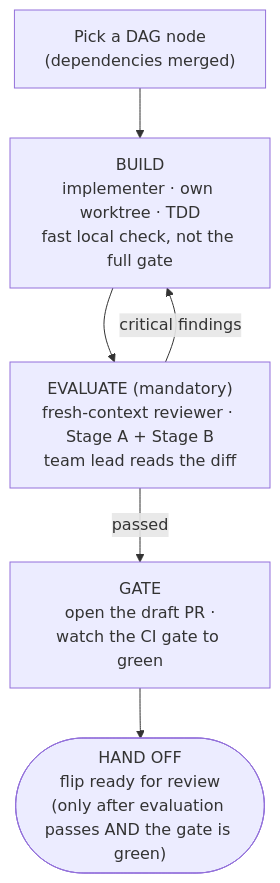
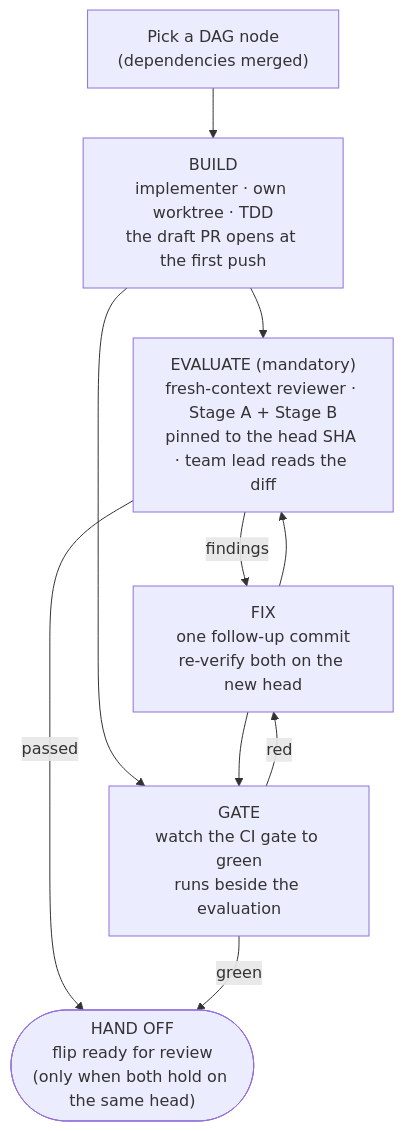
Before and after one commit to AlexaDeWit/Ecluse: the diagram in .agents/orchestration-strategy.md, drawn with Mermaid. The commit also changed other lines of this file and 3 other files, not shown here.

First line of the commit message:
docs(agents): cap comment length, and run the review beside CI (#1027)

````diff
--- a/.agents/orchestration-strategy.md
+++ b/.agents/orchestration-strategy.md
@@ -66,8 +66,12 @@
 ```mermaid
 flowchart TD
-    P["Pick a DAG node<br/>(dependencies merged)"] --> B["BUILD<br/>implementer · own worktree · TDD<br/>fast local check, not the full gate"]
-    B --> E["EVALUATE (mandatory)<br/>fresh-context reviewer · Stage A + Stage B<br/>team lead reads the diff"]
-    E -->|critical findings| B
-    E -->|passed| G["GATE<br/>open the draft PR ·<br/>watch the CI gate to green"]
-    G --> H(["HAND OFF<br/>flip ready for review<br/>(only after evaluation passes AND the gate is green)"])
+    P["Pick a DAG node<br/>(dependencies merged)"] --> B["BUILD<br/>implementer · own worktree · TDD<br/>the draft PR opens at the first push"]
+    B --> E["EVALUATE (mandatory)<br/>fresh-context reviewer · Stage A + Stage B<br/>pinned to the head SHA · team lead reads the diff"]
+    B --> G["GATE<br/>watch the CI gate to green<br/>runs beside the evaluation"]
+    E -->|findings| F["FIX<br/>one follow-up commit<br/>re-verify both on the new head"]
+    G -->|red| F
+    F --> E
+    F --> G
+    E -->|passed| H(["HAND OFF<br/>flip ready for review<br/>(only when both hold on the same head)"])
+    G -->|green| H
 ```
````
